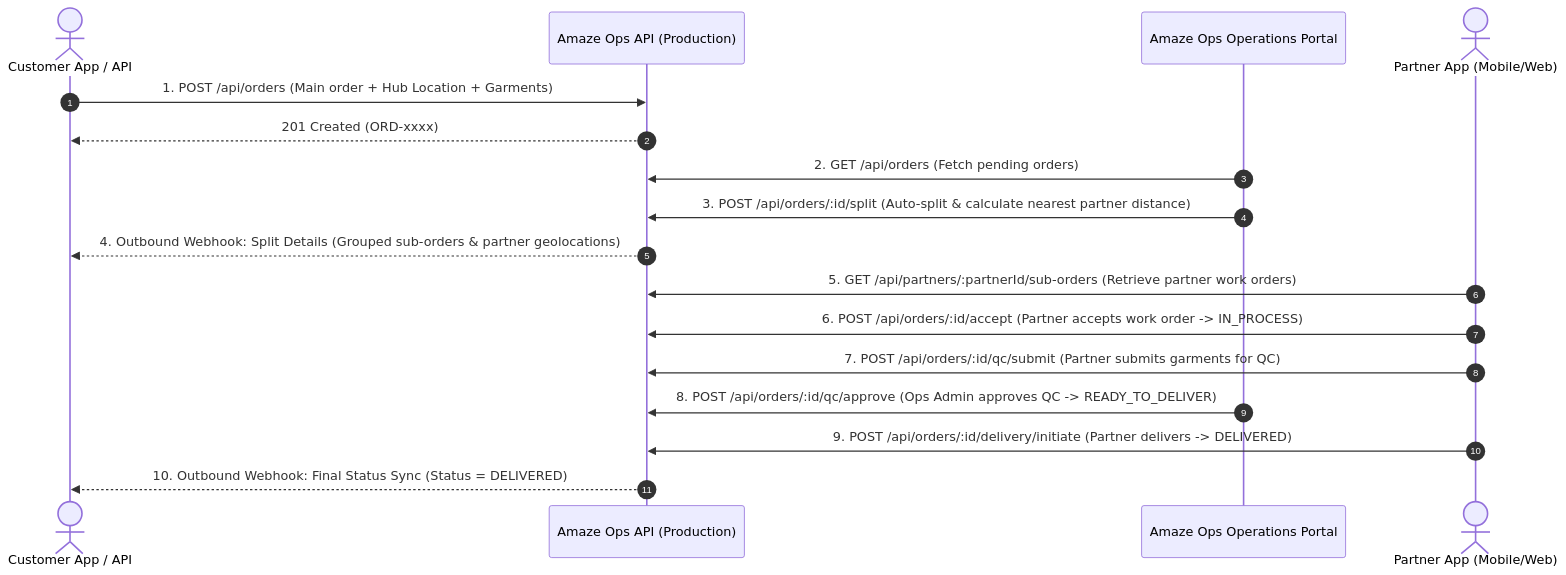
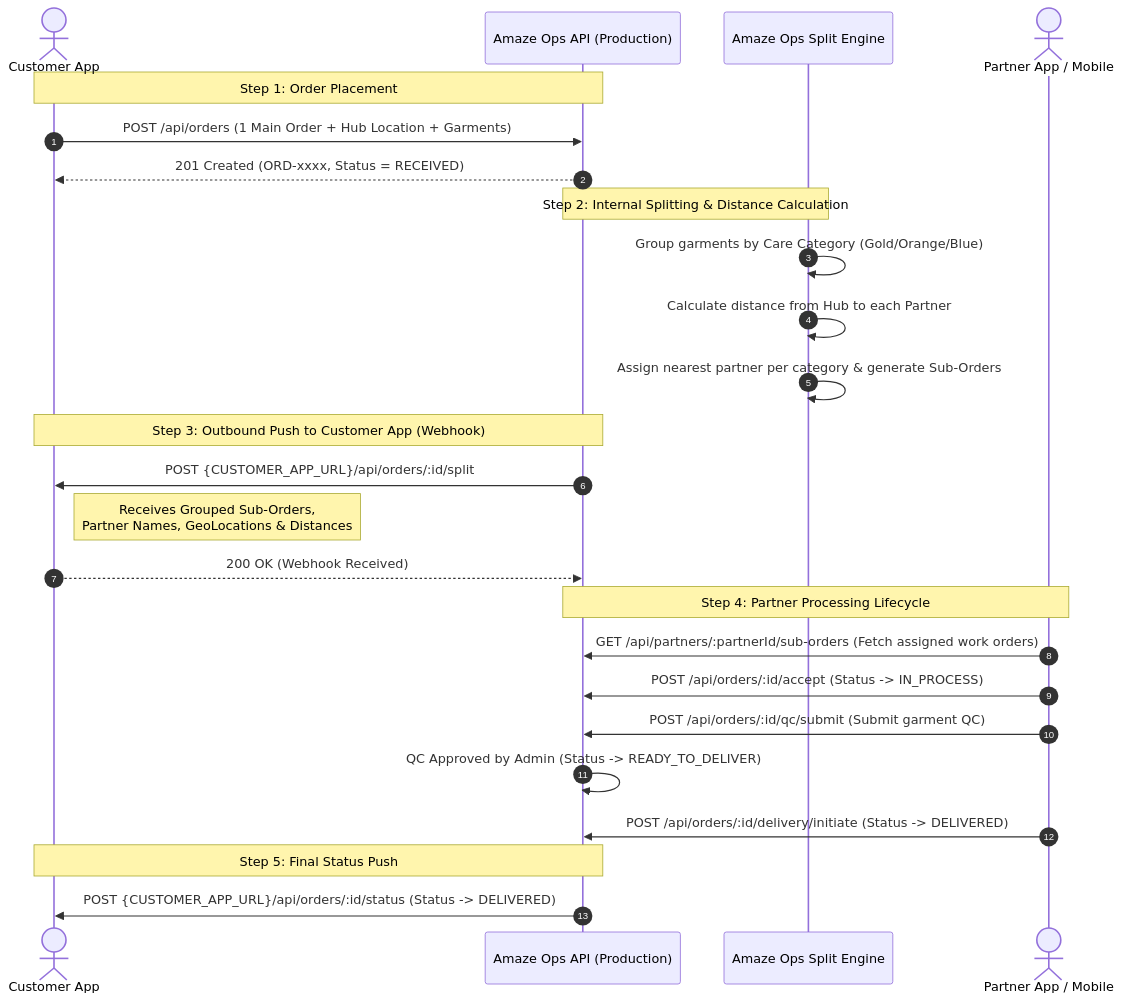
Before and after one commit to resetyme-spec/Amazeops: the diagram in docs/PRODUCTION_API_DOCUMENTATION.md, drawn with Mermaid. The commit also changed other lines of this file and 3 other files, not shown here.

Commit message:
docs: clarify end-to-end split architecture with outbound webhooks and grouped sub-orders retrieval

````diff
--- a/docs/PRODUCTION_API_DOCUMENTATION.md
+++ b/docs/PRODUCTION_API_DOCUMENTATION.md
@@ -15,23 +19,32 @@
 ```mermaid
 sequenceDiagram
     autonumber
-    actor Customer as Customer App / API
+    actor Customer as Customer App
     participant OpsServer as Amaze Ops API (Production)
-    participant Admin as Amaze Ops Operations Portal
-    actor Partner as Partner App (Mobile/Web)
+    participant Engine as Amaze Ops Split Engine
+    actor Partner as Partner App / Mobile
 
-    Customer->>OpsServer: 1. POST /api/orders (Main order + Hub Location + Garments)
-    OpsServer-->>Customer: 201 Created (ORD-xxxx)
+    Note over Customer,OpsServer: Step 1: Order Placement
+    Customer->>OpsServer: POST /api/orders (1 Main Order + Hub Location + Garments)
+    OpsServer-->>Customer: 201 Created (ORD-xxxx, Status = RECEIVED)
 
-    Admin->>OpsServer: 2. GET /api/orders (Fetch pending orders)
-    Admin->>OpsServer: 3. POST /api/orders/:id/split (Auto-split & calculate nearest partner distance)
-    OpsServer-->>Customer: 4. Outbound Webhook: Split Details (Grouped sub-orders & partner geolocations)
+    Note over OpsServer,Engine: Step 2: Internal Splitting & Distance Calculation
+    Engine->>Engine: Group garments by Care Category (Gold/Orange/Blue)
+    Engine->>Engine: Calculate distance from Hub to each Partner
+    Engine->>Engine: Assign nearest partner per category & generate Sub-Orders
 
-    Partner->>OpsServer: 5. GET /api/partners/:partnerId/sub-orders (Retrieve partner work orders)
-    Partner->>OpsServer: 6. POST /api/orders/:id/accept (Partner accepts work order -> IN_PROCESS)
-    Partner->>OpsServer: 7. POST /api/orders/:id/qc/submit (Partner submits garments for QC)
-    Admin->>OpsServer: 8. POST /api/orders/:id/qc/approve (Ops Admin approves QC -> READY_TO_DELIVER)
+    Note over OpsServer,Customer: Step 3: Outbound Push to Customer App (Webhook)
+    OpsServer->>Customer: POST {CUSTOMER_APP_URL}/api/orders/:id/split
+    Note right of Customer: Receives Grouped Sub-Orders,<br/>Partner Names, GeoLocations & Distances
+    Customer-->>OpsServer: 200 OK (Webhook Received)
 
-    Partner->>OpsServer: 9. POST /api/orders/:id/delivery/initiate (Partner delivers -> DELIVERED)
-    OpsServer-->>Customer: 10. Outbound Webhook: Final Status Sync (Status = DELIVERED)
+    Note over Partner,OpsServer: Step 4: Partner Processing Lifecycle
+    Partner->>OpsServer: GET /api/partners/:partnerId/sub-orders (Fetch assigned work orders)
+    Partner->>OpsServer: POST /api/orders/:id/accept (Status -> IN_PROCESS)
+    Partner->>OpsServer: POST /api/orders/:id/qc/submit (Submit garment QC)
+    OpsServer->>OpsServer: QC Approved by Admin (Status -> READY_TO_DELIVER)
+    Partner->>OpsServer: POST /api/orders/:id/delivery/initiate (Status -> DELIVERED)
+
+    Note over OpsServer,Customer: Step 5: Final Status Push
+    OpsServer->>Customer: POST {CUSTOMER_APP_URL}/api/orders/:id/status (Status -> DELIVERED)
 ```
````
